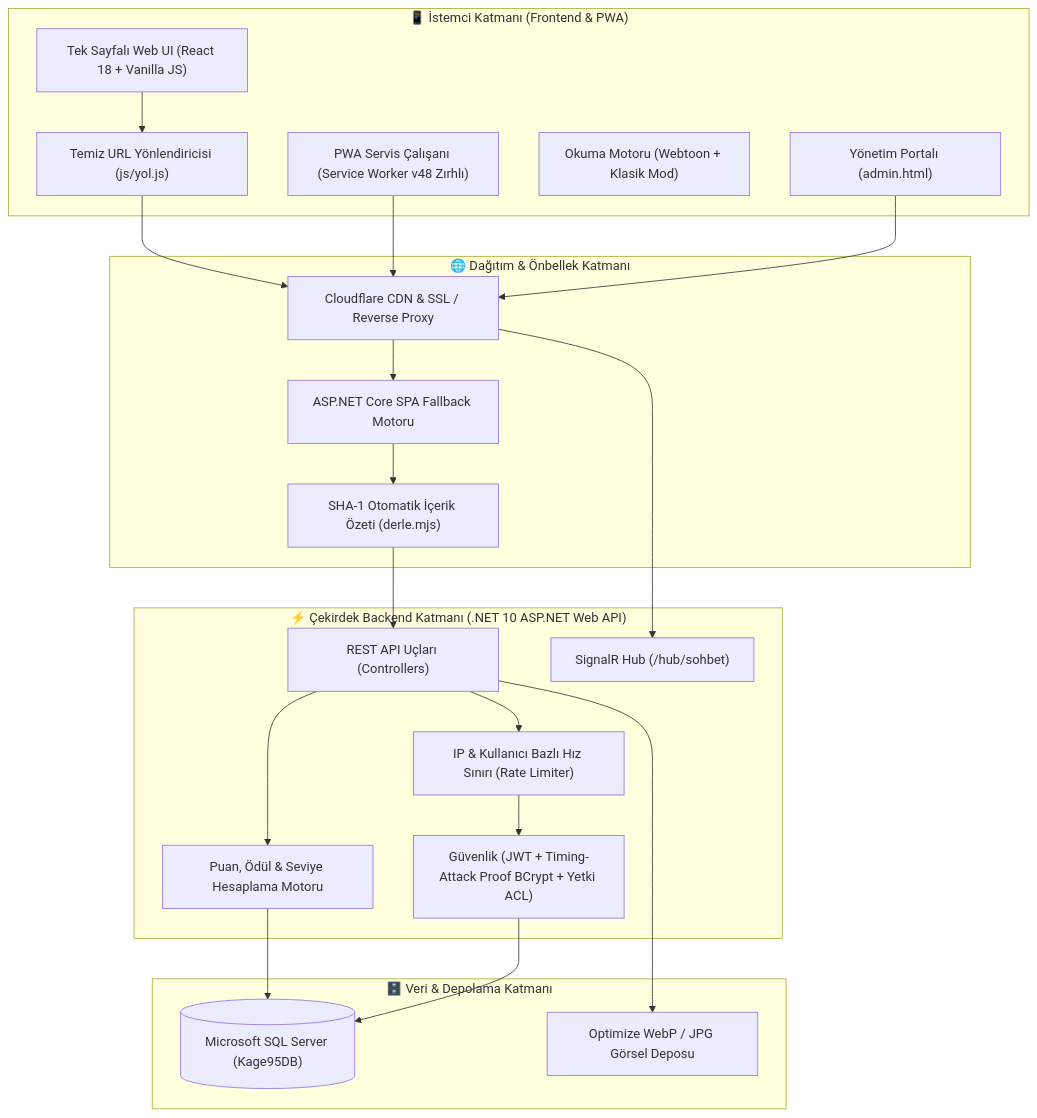
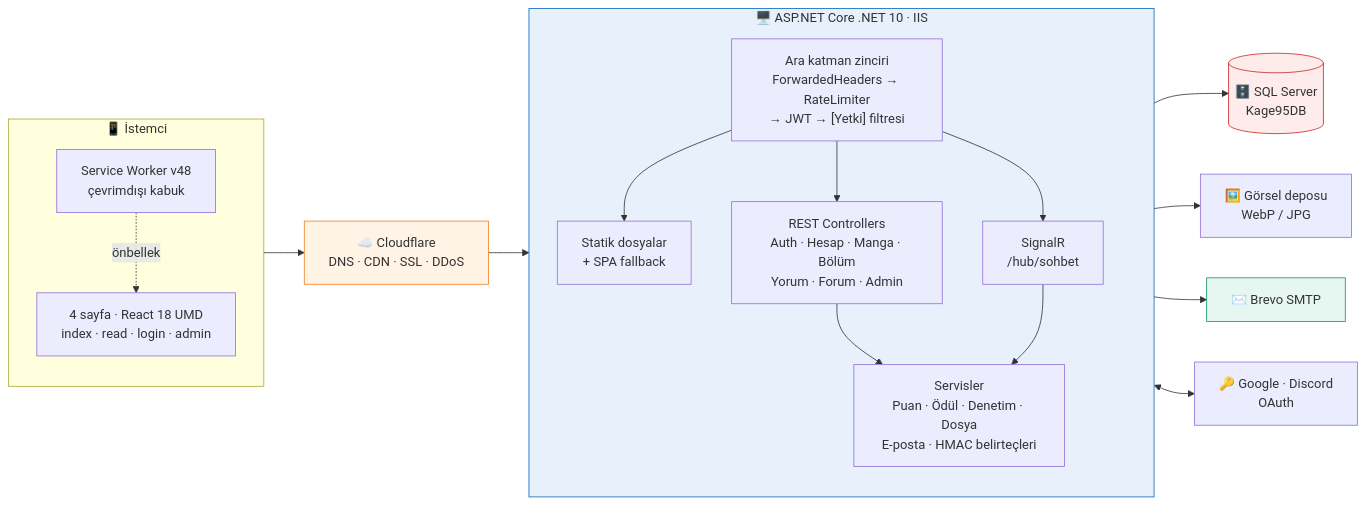
The first of 7 diagrams in README.md (jagwey/manga-web), drawn with Mermaid before and after one commit. The commit also changed other lines of this file and 1 other file, not shown here.

Commit message:
docs: README v2.6 hesap ozellikleri, sade mimari diyagrami, CHANGELOG 2.6.0

````diff
--- a/README.md
+++ b/README.md
@@ -46,40 +46,42 @@
 ```mermaid
-flowchart TD
-    subgraph Client["📱 İstemci Katmanı (Frontend & PWA)"]
-        UI["Tek Sayfalı Web UI (React 18 + Vanilla JS)"]
-        ROUTER["Temiz URL Yönlendiricisi (js/yol.js)"]
-        PWA["PWA Servis Çalışanı (Service Worker v48 Zırhlı)"]
-        READER["Okuma Motoru (Webtoon + Klasik Mod)"]
-        ADMIN["Yönetim Portalı (admin.html)"]
+flowchart LR
+    subgraph C["📱 İstemci"]
+        direction TB
+        PAGES["4 sayfa · React 18 UMD<br/>index · read · login · admin"]
+        SW["Service Worker v48<br/>çevrimdışı kabuk"]
     end
 
-    subgraph Edge["🌐 Dağıtım & Önbellek Katmanı"]
-        CF["Cloudflare CDN & SSL / Reverse Proxy"]
-        FALLBACK["ASP.NET Core SPA Fallback Motoru"]
-        HASH["SHA-1 Otomatik İçerik Özeti (derle.mjs)"]
+    CF["☁️ Cloudflare<br/>DNS · CDN · SSL · DDoS"]
+
+    subgraph S["🖥️ ASP.NET Core .NET 10 · IIS"]
+        direction TB
+        MW["Ara katman zinciri<br/>ForwardedHeaders → RateLimiter<br/>→ JWT → [Yetki] filtresi"]
+        STATIC["Statik dosyalar<br/>+ SPA fallback"]
+        API["REST Controllers<br/>Auth · Hesap · Manga · Bölüm<br/>Yorum · Forum · Admin"]
+        HUB["SignalR<br/>/hub/sohbet"]
+        SVC["Servisler<br/>Puan · Ödül · Denetim · Dosya<br/>E-posta · HMAC belirteçleri"]
     end
 
-    subgraph Core["⚡ Çekirdek Backend Katmanı (.NET 10 ASP.NET Web API)"]
-        API["REST API Uçları (Controllers)"]
-        HUB["SignalR Hub (/hub/sohbet)"]
-        AUTH["Güvenlik (JWT + Timing-Attack Proof BCrypt + Yetki ACL)"]
-        RATELIMIT["IP & Kullanıcı Bazlı Hız Sınırı (Rate Limiter)"]
-        SVC["Puan, Ödül & Seviye Hesaplama Motoru"]
-    end
+    DB[("🗄️ SQL Server<br/>Kage95DB")]
+    FILES["🖼️ Görsel deposu<br/>WebP / JPG"]
+    BREVO["✉️ Brevo SMTP"]
+    OAUTH["🔑 Google · Discord<br/>OAuth"]
 
-    subgraph Storage["🗄️ Veri & Depolama Katmanı"]
-        DB[("Microsoft SQL Server (Kage95DB)")]
-        MEDIA["Optimize WebP / JPG Görsel Deposu"]
-    end
+    PAGES --> CF
+    SW -.önbellek.-> PAGES
+    CF --> MW
+    MW --> STATIC
+    MW --> API
+    MW --> HUB
+    API --> SVC
+    HUB --> SVC
+    SVC --> DB
+    SVC --> FILES
+    SVC --> BREVO
+    API <--> OAUTH
 
-    UI --> ROUTER --> CF
-    PWA --> CF
-    ADMIN --> CF
-    CF --> FALLBACK --> HASH --> API
-    CF --> HUB
-    API --> RATELIMIT --> AUTH
-    API --> SVC
-    SVC --> DB
-    AUTH --> DB
-    API --> MEDIA
+    style CF fill:#fff3e6,stroke:#F38020
+    style S fill:#e8f1fb,stroke:#0A66C2
+    style DB fill:#fdeceb,stroke:#CC2927
+    style BREVO fill:#e6f6f0,stroke:#0B996E
 ```
````
